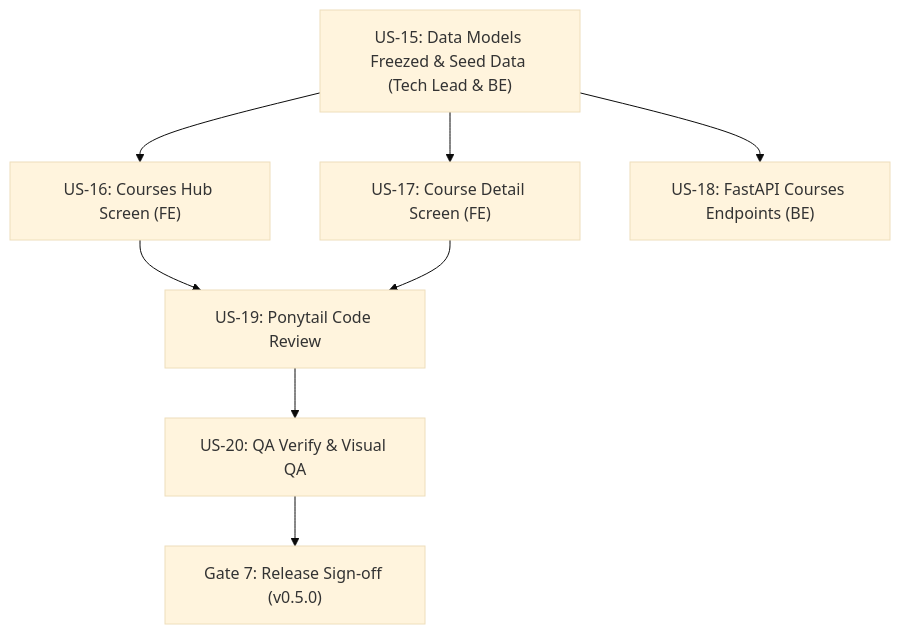
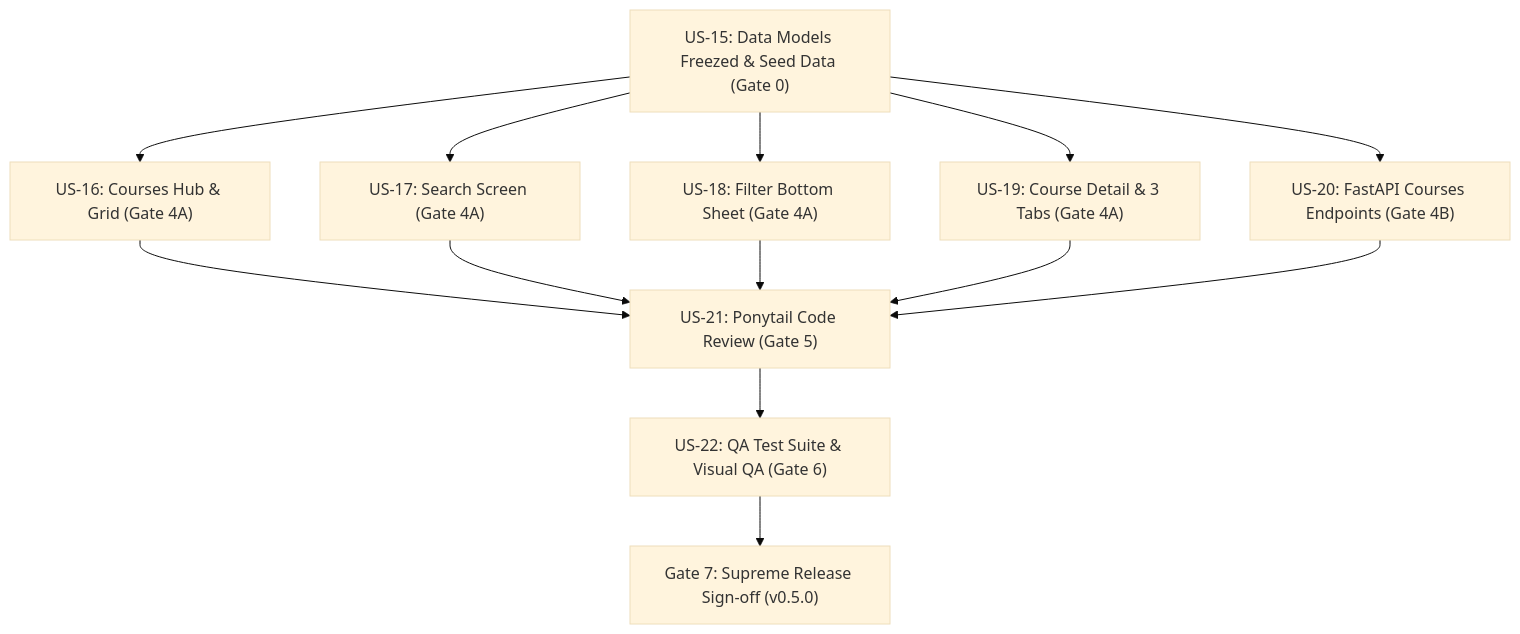
The diagram in docs/00-project-management/sprints/sprint-05-planning.md (TrangDuyNguyen/kiddora), drawn with Mermaid (base theme) before and after one commit. The commit also changed other lines of this file and 5 other files, not shown here.

````diff
--- a/docs/00-project-management/sprints/sprint-05-planning.md
+++ b/docs/00-project-management/sprints/sprint-05-planning.md
@@ -57,10 +63,18 @@
 ```mermaid
 flowchart TD
-    US15["US-15: Data Models Freezed & Seed Data (Tech Lead & BE)"] --> US16["US-16: Courses Hub Screen (FE)"]
-    US15 --> US17["US-17: Course Detail Screen (FE)"]
-    US15 --> US18["US-18: FastAPI Courses Endpoints (BE)"]
-    US16 --> US19["US-19: Ponytail Code Review"]
-    US17 --> US19
-    US19 --> US20["US-20: QA Verify & Visual QA"]
-    US20 --> GATE7["Gate 7: Release Sign-off (v0.5.0)"]
+    US15["US-15: Data Models Freezed & Seed Data (Gate 0)"]
+    US15 --> US16["US-16: Courses Hub & Grid (Gate 4A)"]
+    US15 --> US17["US-17: Search Screen (Gate 4A)"]
+    US15 --> US18["US-18: Filter Bottom Sheet (Gate 4A)"]
+    US15 --> US19["US-19: Course Detail & 3 Tabs (Gate 4A)"]
+    US15 --> US20["US-20: FastAPI Courses Endpoints (Gate 4B)"]
+    
+    US16 --> US21["US-21: Ponytail Code Review (Gate 5)"]
+    US17 --> US21
+    US18 --> US21
+    US19 --> US21
+    US20 --> US21
+    
+    US21 --> US22["US-22: QA Test Suite & Visual QA (Gate 6)"]
+    US22 --> GATE7["Gate 7: Supreme Release Sign-off (v0.5.0)"]
 ```
````
